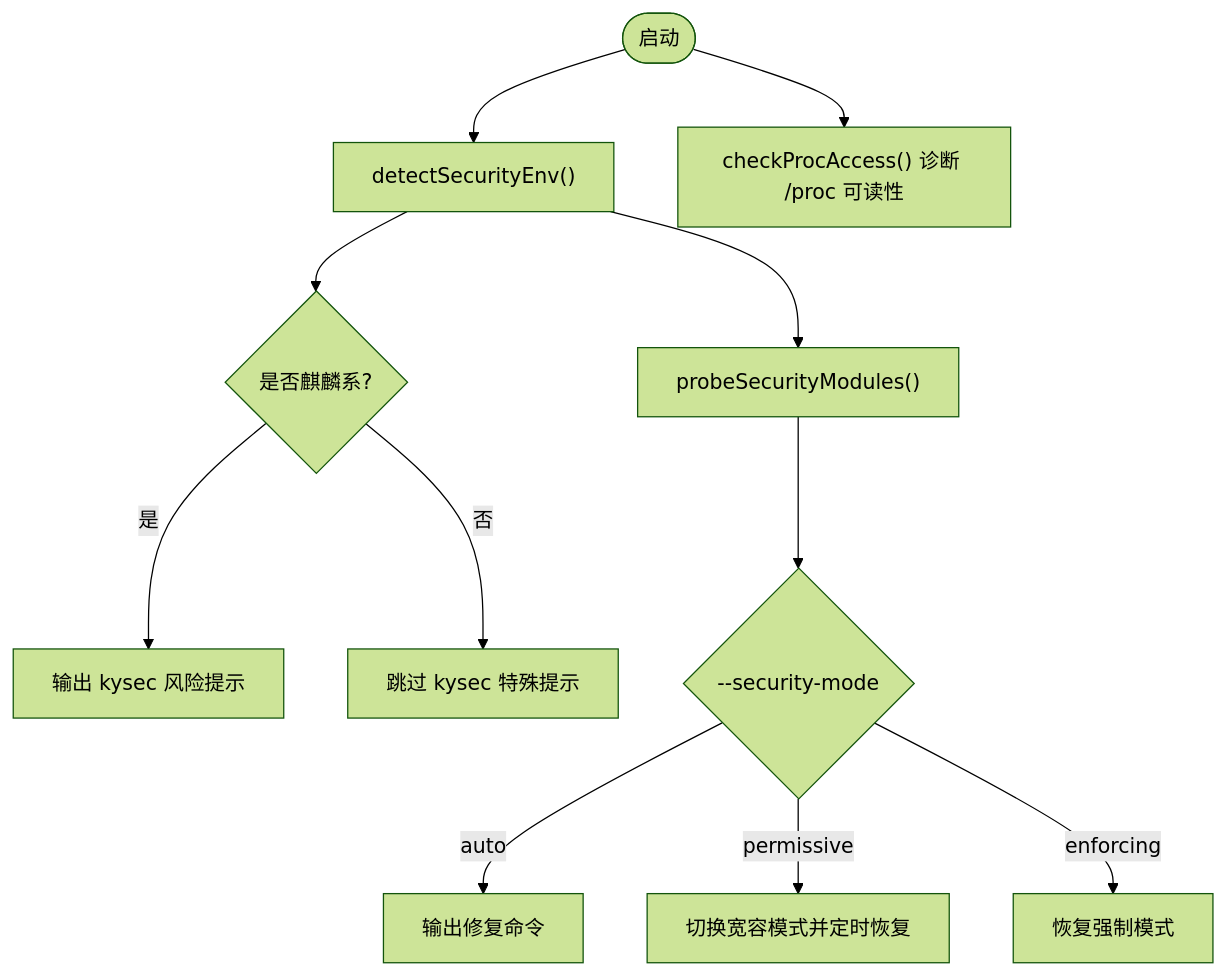
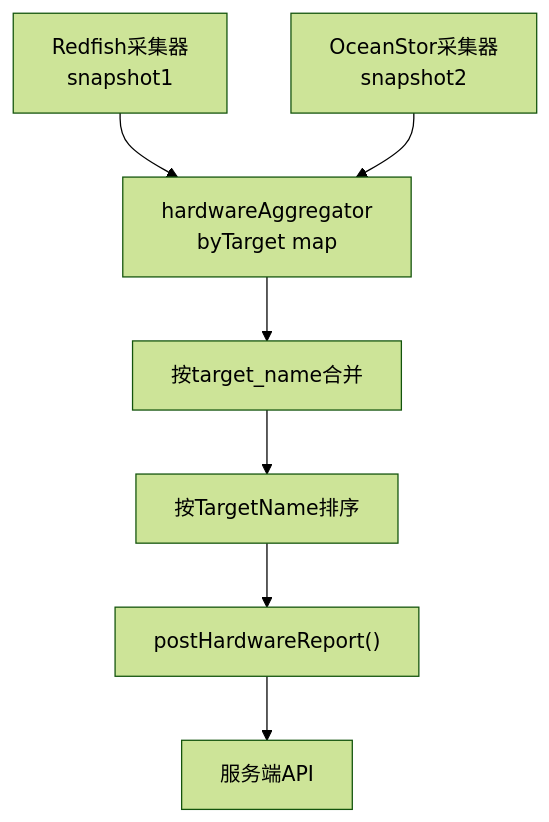
One commit to sreyun/aiops-monitor changed the fifth of 6 diagrams in .qoder/repowiki/zh/content/架构设计/Agent 客户端架构/Agent 核心架构.md. Above: the diagram before and after it, drawn with Mermaid (forest theme). The commit also changed other lines of this file and 41 other files, not shown here.

````diff
--- a/.qoder/repowiki/zh/content/架构设计/Agent 客户端架构/Agent 核心架构.md
+++ b/.qoder/repowiki/zh/content/架构设计/Agent 客户端架构/Agent 核心架构.md
@@ -255,13 +322,9 @@
 ```mermaid
 flowchart TD
-Start(["启动"]) --> Detect["detectSecurityEnv()"]
-Detect --> Kylin{"是否麒麟系?"}
-Kylin --> |是| WarnKylin["输出 kysec 风险提示"]
-Kylin --> |否| SkipKylin["跳过 kysec 特殊提示"]
-Detect --> Modules["probeSecurityModules()"]
-Modules --> Mode{"--security-mode"}
-Mode --> |auto| FixCmds["输出修复命令"]
-Mode --> |permissive| SetPerm["切换宽容模式并定时恢复"]
-Mode --> |enforcing| SetEnf["恢复强制模式"]
-Start --> ProcCheck["checkProcAccess() 诊断 /proc 可读性"]
+RF["Redfish采集器<br/>snapshot1"] --> AGG["hardwareAggregator<br/>byTarget map"]
+OS["OceanStor采集器<br/>snapshot2"] --> AGG
+AGG --> Merge["按target_name合并"]
+Merge --> Sort["按TargetName排序"]
+Sort --> Post["postHardwareReport()"]
+Post --> Server["服务端API"]
 ```
````
